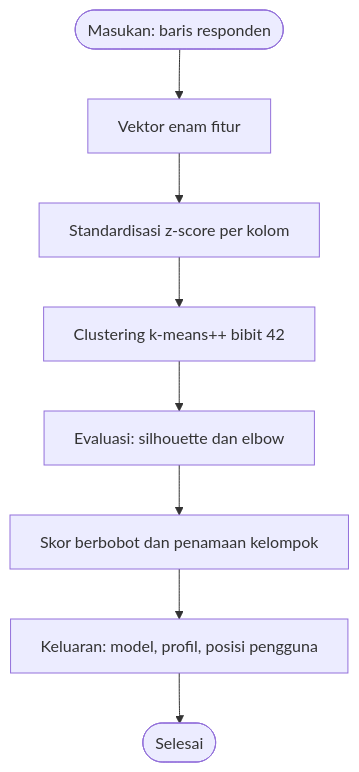
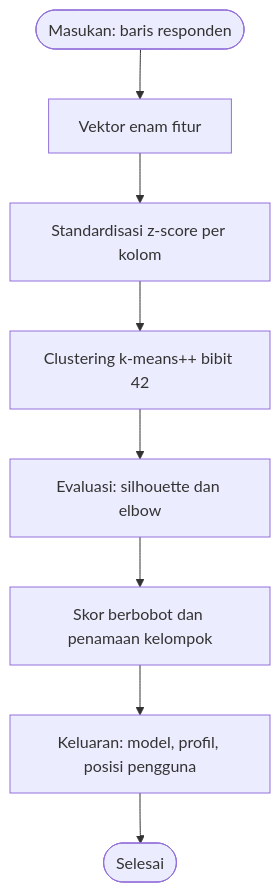
One commit to whitefoxrakka-cloud/studytrack-ssd30-progress changed the third of 3 diagrams in laporan/tahap-2-analisis-kebutuhan.md. Above: the diagram before and after it, drawn with Mermaid. The commit also changed other lines of this file and 1 other file, not shown here.

Commit message:
Hapus sisa arahan init yang lolos dari penyaringan pertama

````diff
--- a/laporan/tahap-2-analisis-kebutuhan.md
+++ b/laporan/tahap-2-analisis-kebutuhan.md
@@ -369,11 +368,10 @@
 ```mermaid
-%%%%{init: {"flowchart": {"wrappingWidth": 340, "nodeSpacing": 45, "rankSpacing": 50}}}%%%%
 flowchart TD
     A(["Masukan: baris responden"]) --> B["Vektor enam fitur"]
     B --> C["Standardisasi z-score per kolom"]
     C --> D["Clustering k-means++ bibit 42"]
     D --> E["Evaluasi: silhouette dan elbow"]
     E --> F["Skor berbobot dan penamaan kelompok"]
     F --> G["Keluaran: model, profil, posisi pengguna"]
     G --> H(["Selesai"])
 ```
````
